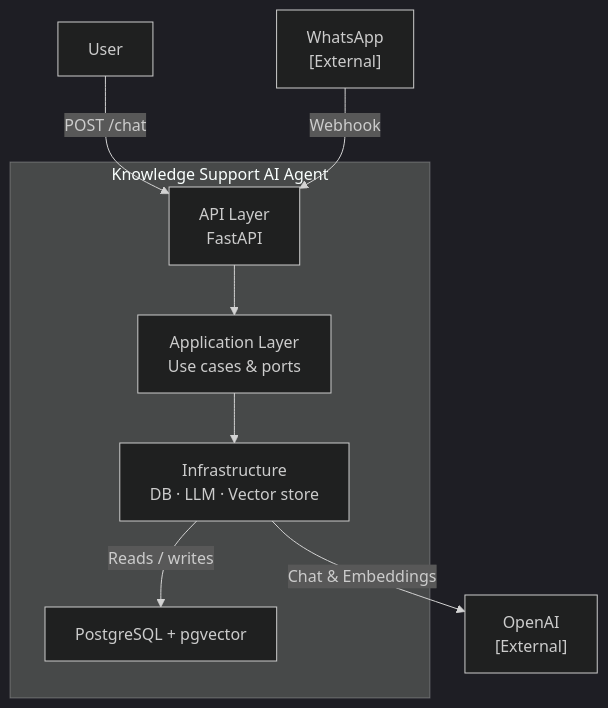
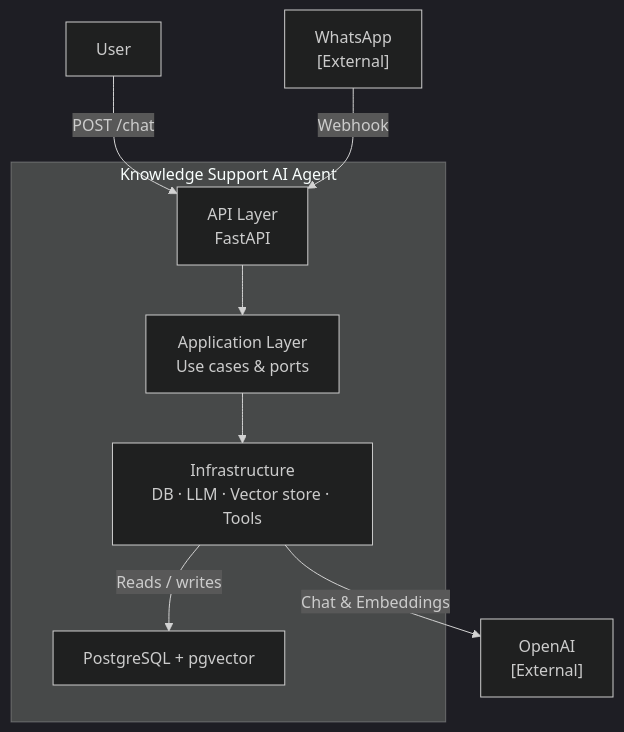
The diagram in README.md (camercadop/knowledge-support-ai-agent), drawn with Mermaid (dark theme) before and after one commit. The commit also changed other lines of this file and 2 other files, not shown here.

````diff
--- a/README.md
+++ b/README.md
@@ -13,20 +13,20 @@
 ```mermaid
 flowchart TB
     user["User"]
     whatsapp["WhatsApp\n[External]"]
     openai["OpenAI\n[External]"]
 
     subgraph agent["Knowledge Support AI Agent"]
         api["API Layer\nFastAPI"]
         app["Application Layer\nUse cases & ports"]
-        infra["Infrastructure\nDB · LLM · Vector store"]
+        infra["Infrastructure\nDB · LLM · Vector store · Tools"]
         db["PostgreSQL + pgvector"]
     end
 
     user -->|"POST /chat"| api
     whatsapp -->|"Webhook"| api
     api --> app
     app --> infra
     infra -->|"Chat & Embeddings"| openai
     infra -->|"Reads / writes"| db
 ```
````
